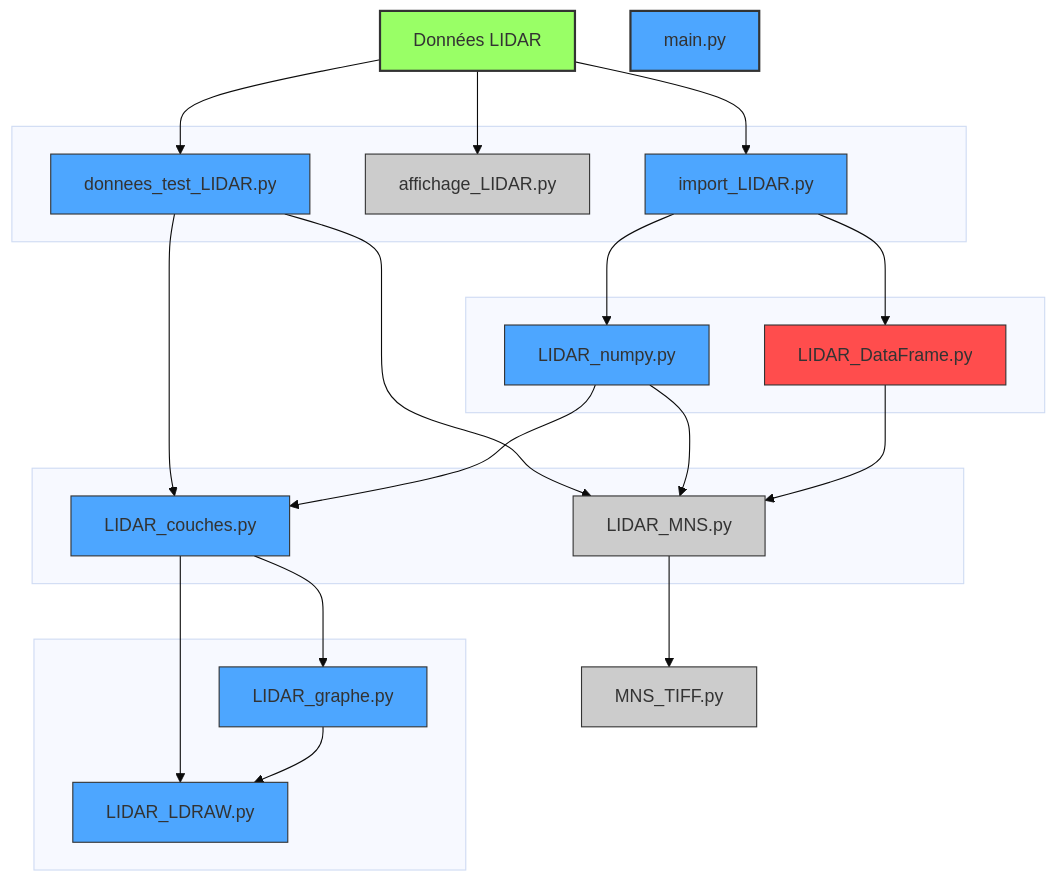
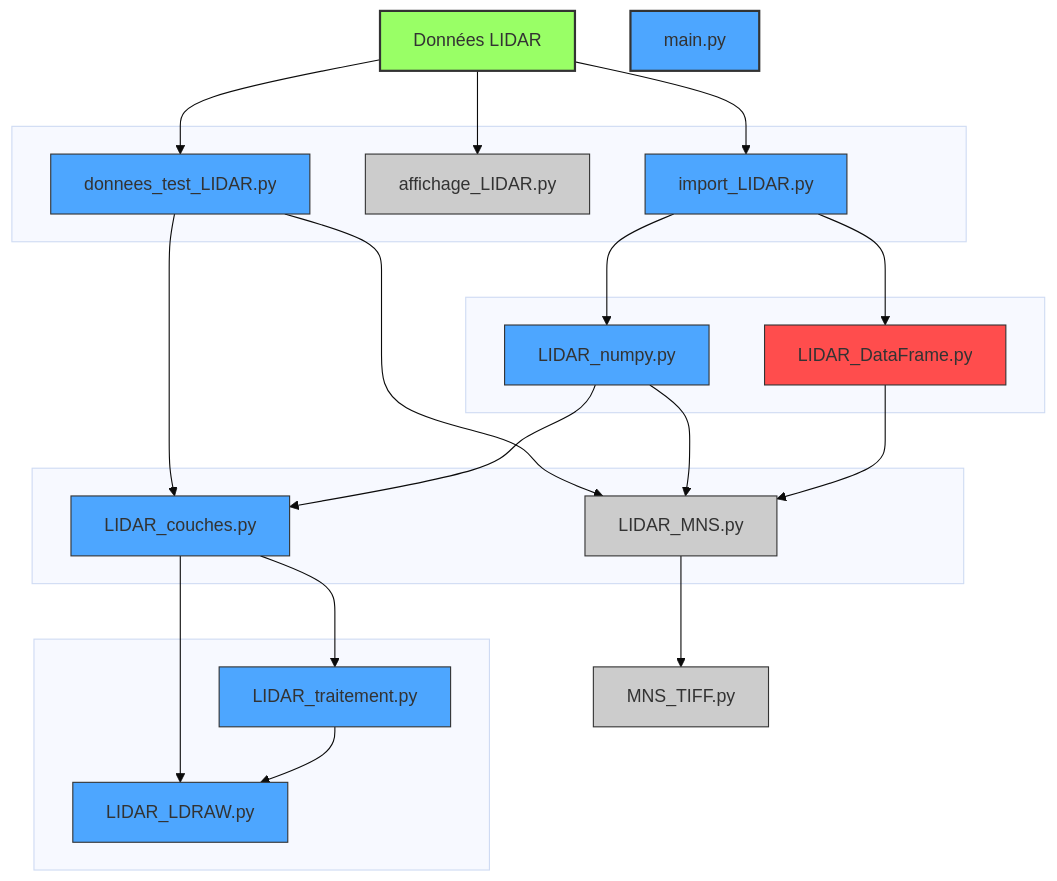
The diagram in Workflow.md (DanQue69/LEGO_Master), drawn with Mermaid (base theme) before and after one commit.

````diff
--- a/Workflow.md
+++ b/Workflow.md
@@ -1,62 +1,62 @@
 ```mermaid 
 graph TD;
 
 A[Données LIDAR]
 
 subgraph L1[" "]
     B[donnees_test_LIDAR.py]
     C[affichage_LIDAR.py]
     D[import_LIDAR.py]
 end
 
 subgraph L2[" "]
     E[LIDAR_numpy.py]
     F[LIDAR_DataFrame.py]
 end
 
 subgraph L3[" "]
     G[LIDAR_MNS.py]
     I[LIDAR_couches.py]
 end
 
 subgraph L4[" "]
     J[LIDAR_LDRAW.py]
-    K[LIDAR_graphe.py]
+    K[LIDAR_traitement.py]
 end
 
 H[MNS_TIFF.py]
 M[main.py]
 
 A --> B
 A --> C
 A --> D
 D --> E
 D --> F
 B --> G
 E --> G
 F --> G
 B --> I
 E --> I
 I --> J
 I --> K
 K --> J
 G --> H
 
 
 %% Styles des couleurs
 style A fill:#9f6,stroke:#333,stroke-width:2px        
 style B fill:#4da6ff,stroke:#333,stroke-width:1px    
 style C fill:#ccc,stroke:#333,stroke-width:1px       
 style D fill:#4da6ff,stroke:#333,stroke-width:1px   
 style E fill:#4da6ff,stroke:#333,stroke-width:1px    
 style F fill:#ff4d4d,stroke:#333,stroke-width:1px    
 style G fill:#ccc,stroke:#333,stroke-width:1px       
 style H fill:#ccc,stroke:#333,stroke-width:1px       
 style I fill:#4da6ff,stroke:#333,stroke-width:1px   
 style J fill:#4da6ff,stroke:#333,stroke-width:1px   
 style K fill:#4da6ff,stroke:#333,stroke-width:1px    
 style M fill:#4da6ff,stroke:#333,stroke-width:2px    
 
 
     
 ```
````
